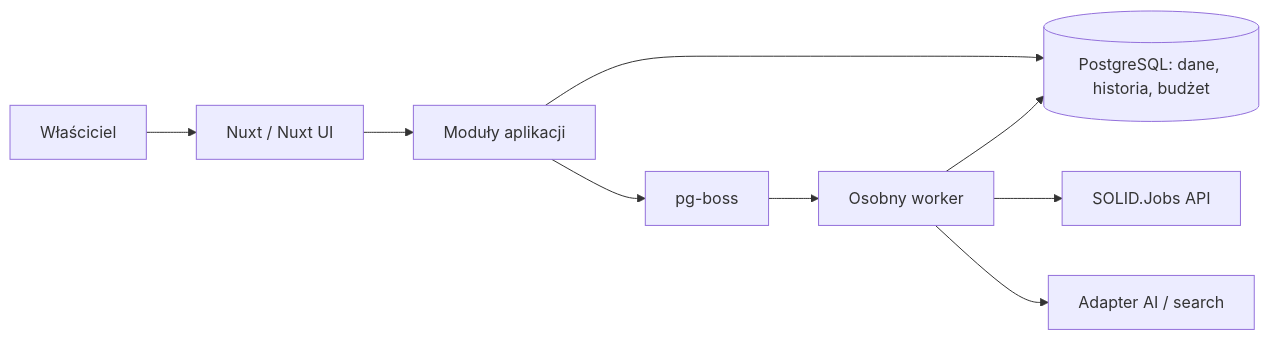
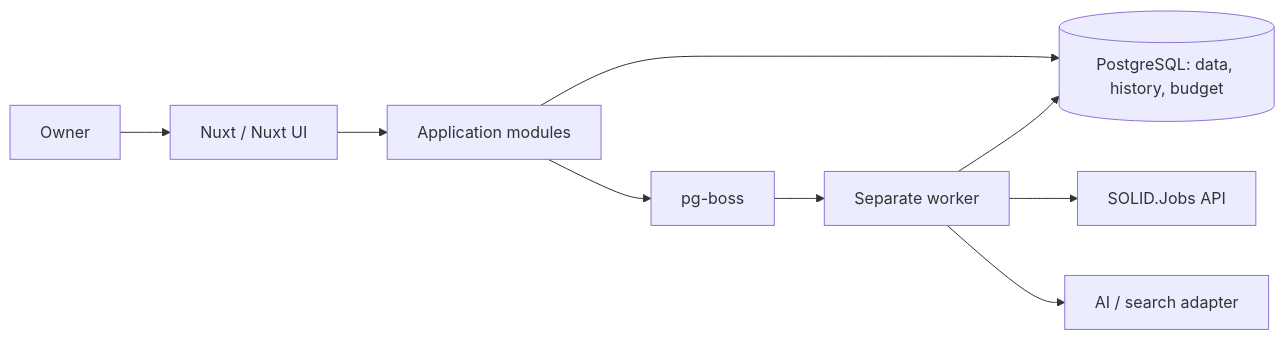
The diagram in docs/specs/pierwsza-wersja/architecture.md (pioziol123/ofertorix-rekrutus), drawn with Mermaid before and after one commit. The commit also changed other lines of this file and 126 other files, not shown here.

````diff
--- a/docs/specs/pierwsza-wersja/architecture.md
+++ b/docs/specs/pierwsza-wersja/architecture.md
@@ -22,11 +22,11 @@
 ```mermaid
 flowchart LR
-    U[Właściciel] --> W[Nuxt / Nuxt UI]
-    W --> M[Moduły aplikacji]
-    M --> P[(PostgreSQL: dane, historia, budżet)]
+    U[Owner] --> W[Nuxt / Nuxt UI]
+    W --> M[Application modules]
+    M --> P[(PostgreSQL: data, history, budget)]
     M --> Q[pg-boss]
-    Q --> K[Osobny worker]
+    Q --> K[Separate worker]
     K --> P
     K --> S[SOLID.Jobs API]
-    K --> A[Adapter AI / search]
+    K --> A[AI / search adapter]
 ```
````
